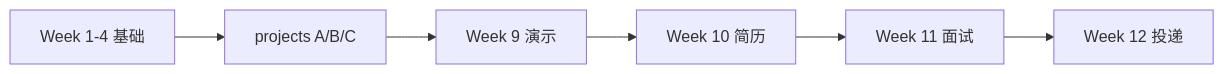
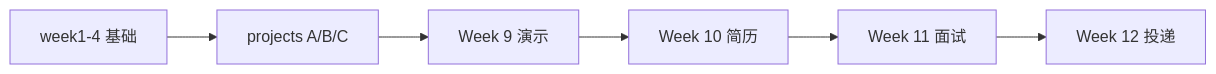
One commit to Afra55/ai-app-dev-roadmap changed the diagram in phase3/README.md. Above: the diagram before and after it, drawn with Mermaid. The commit also changed other lines of this file and 10 other files, not shown here.

````diff
--- a/phase3/README.md
+++ b/phase3/README.md
@@ -47,8 +49,8 @@
 ```mermaid
 flowchart LR
-    W1_4[Week 1-4 基础] --> P[projects A/B/C]
+    W1_4[week1-4 基础] --> P[projects A/B/C]
     P --> W9[Week 9 演示]
     W9 --> W10[Week 10 简历]
     W10 --> W11[Week 11 面试]
     W11 --> W12[Week 12 投递]
 ```
````
